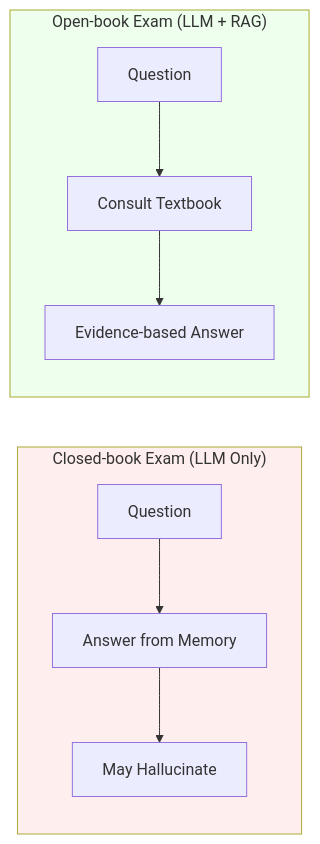
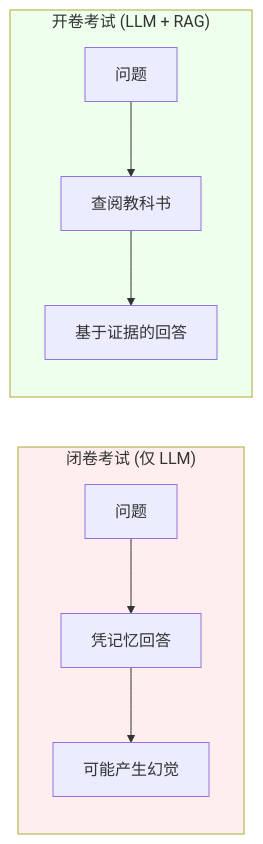
The first of 15 diagrams in i18n/zh-Hans/docusaurus-plugin-content-docs/current/ai/rag/01-introduction.mdx (YiWang24/AiDIY), drawn with Mermaid before and after one commit. The commit also changed other lines of this file and 59 other files, not shown here.

````diff
--- a/i18n/zh-Hans/docusaurus-plugin-content-docs/current/ai/rag/01-introduction.mdx
+++ b/i18n/zh-Hans/docusaurus-plugin-content-docs/current/ai/rag/01-introduction.mdx
@@ -52,15 +52,15 @@
 ```mermaid
 flowchart LR
-    subgraph A["Closed-book Exam (LLM Only)"]
-        A1["Question"] --> A2["Answer from Memory"]
-        A2 --> A3["May Hallucinate"]
+    subgraph A["闭卷考试 (仅 LLM)"]
+        A1["问题"] --> A2["凭记忆回答"]
+        A2 --> A3["可能产生幻觉"]
     end
 
-    subgraph B["Open-book Exam (LLM + RAG)"]
-        B1["Question"] --> B2["Consult Textbook"]
-        B2 --> B3["Evidence-based Answer"]
+    subgraph B["开卷考试 (LLM + RAG)"]
+        B1["问题"] --> B2["查阅教科书"]
+        B2 --> B3["基于证据的回答"]
     end
 
     style A fill:#ffeeee
     style B fill:#eeffee
 ```
````
